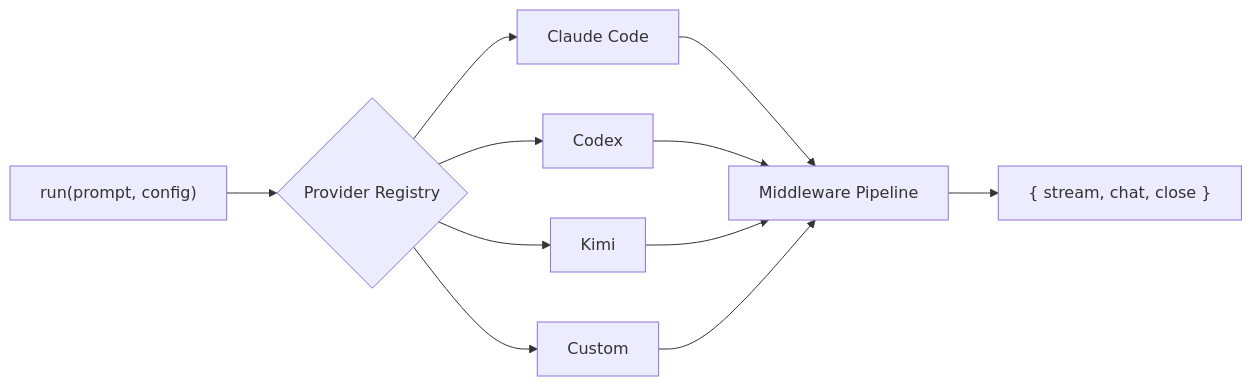
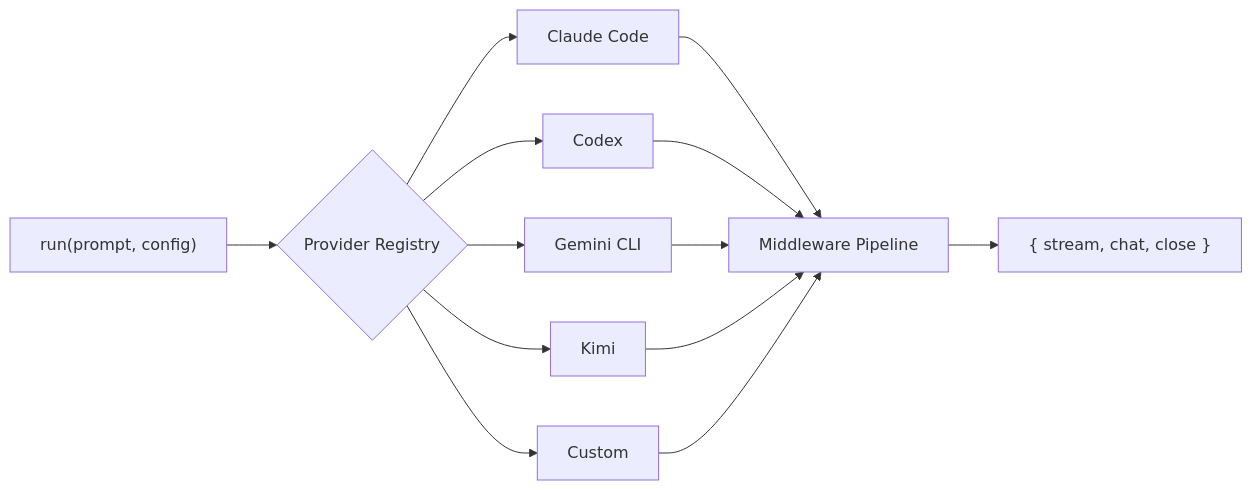
The diagram in README.md (odysa/open-agent-sdk), drawn with Mermaid before and after one commit. The commit also changed other lines of this file and 7 other files, not shown here.

First line of the commit message:
feat: add gemini-cli provider wrapping @google/gemini-cli-core

````diff
--- a/README.md
+++ b/README.md
@@ -256,13 +258,15 @@
 ```mermaid
 graph LR
     A["run(prompt, config)"] --> B{Provider Registry}
     B --> C[Claude Code]
     B --> D[Codex]
+    B --> E2[Gemini CLI]
     B --> E[Kimi]
     B --> F[Custom]
     C --> G[Middleware Pipeline]
     D --> G
+    E2 --> G
     E --> G
     F --> G
     G --> H["{ stream, chat, close }"]
 ```
````
